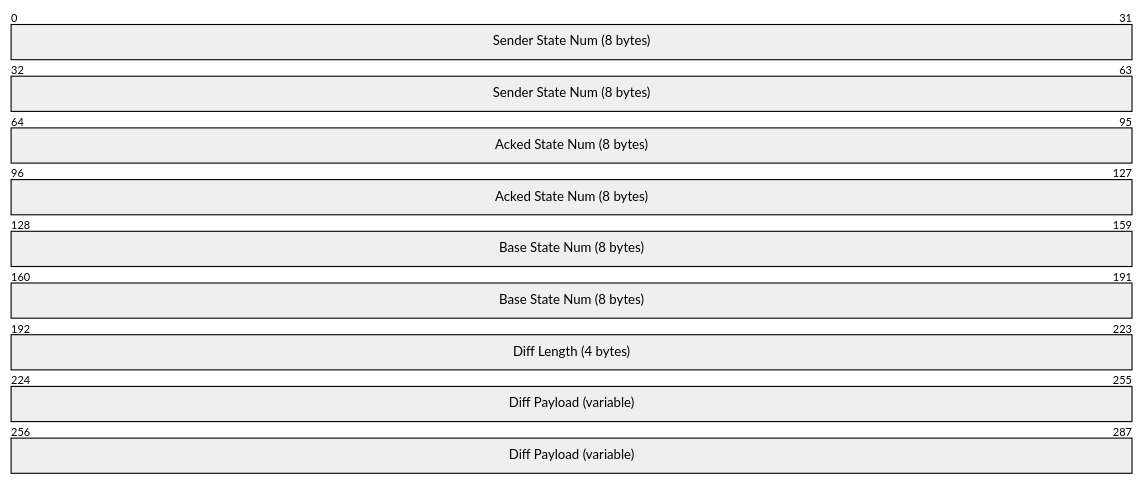
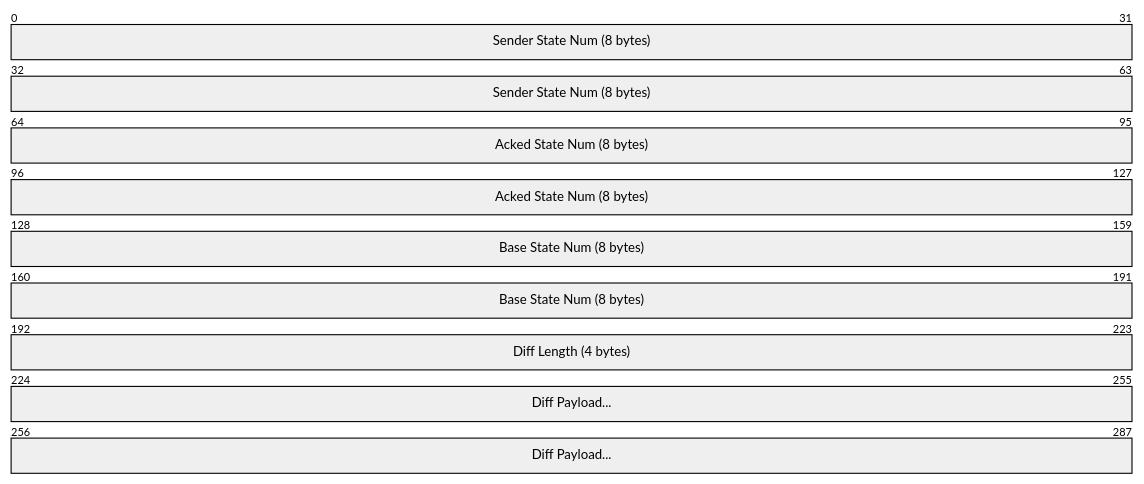
Before and after one commit to DanEscher98/nomad-specs: the first of 2 diagrams in specs/SYNC.md, drawn with Mermaid (neutral theme). The commit also changed 5 other files, not shown here.

First line of the commit message:
fix: convert packet-beta to packet with +count syntax

````diff
--- a/specs/SYNC.md
+++ b/specs/SYNC.md
@@ -71,8 +71,8 @@
 ```mermaid
-packet-beta
-  0-63: "Sender State Num (8 bytes)"
-  64-127: "Acked State Num (8 bytes)"
-  128-191: "Base State Num (8 bytes)"
-  192-223: "Diff Length (4 bytes)"
-  224-287: "Diff Payload (variable)"
+packet
+  +64: "Sender State Num (8 bytes)"
+  +64: "Acked State Num (8 bytes)"
+  +64: "Base State Num (8 bytes)"
+  +32: "Diff Length (4 bytes)"
+  +64: "Diff Payload..."
 ```
````
